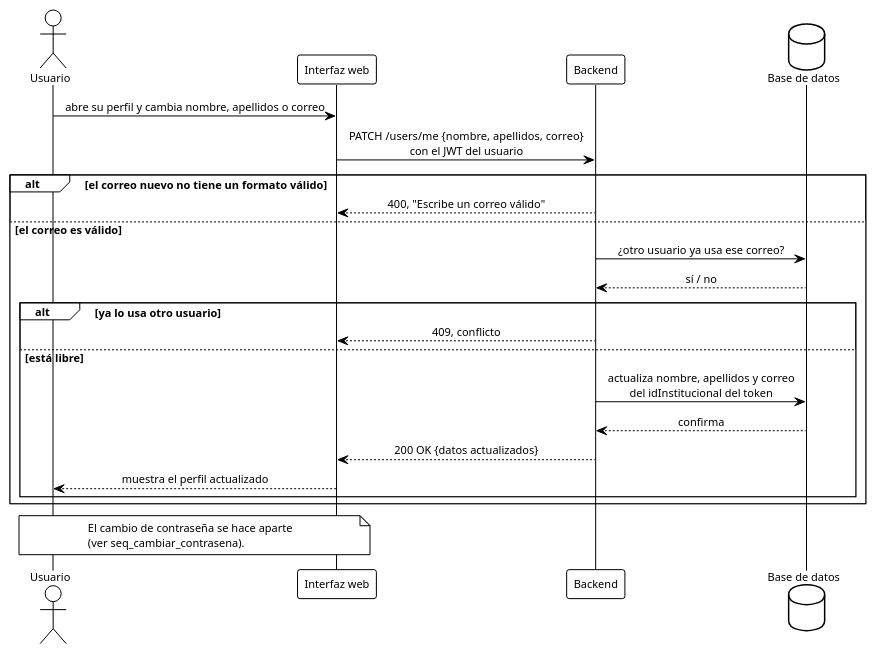
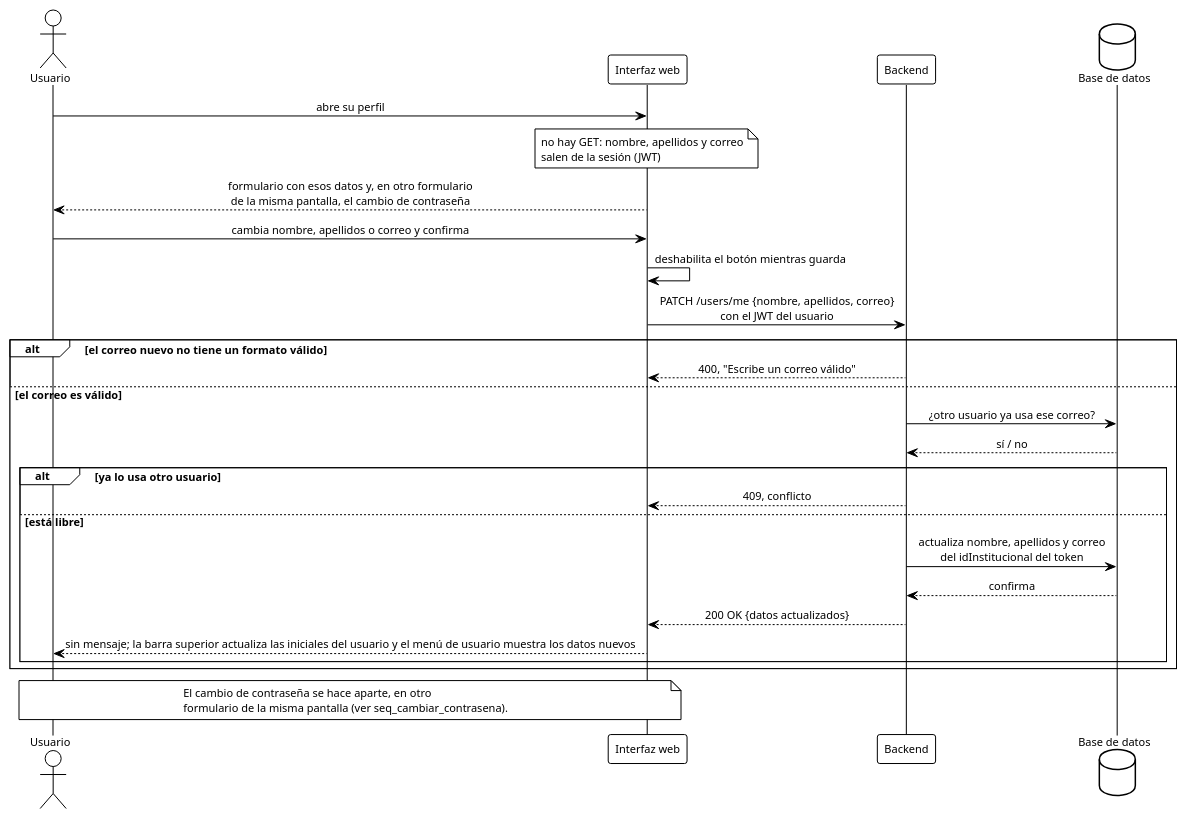
Before and after one commit to ErickJester/fst-ai-system-latex: diagram 28 of 39 in INSTRUCCIONES-WEB.md, drawn with PlantUML. The commit also changed other lines of this file and 89 other files, not shown here.

````diff
--- a/INSTRUCCIONES-WEB.md
+++ b/INSTRUCCIONES-WEB.md
@@ -2548,34 +2642,42 @@
 ```plantuml
 @startuml seq_perfil
 !theme plain
 skinparam defaultFontName Arial
 skinparam defaultFontSize 11
 skinparam shadowing false
 skinparam sequenceMessageAlign center
 actor Usuario as u
 participant "Interfaz web" as ui
 participant Backend as api
 database "Base de datos" as db
 
-u -> ui: abre su perfil y cambia nombre, apellidos o correo
+u -> ui: abre su perfil
+note over ui
+  no hay GET: nombre, apellidos y correo
+  salen de la sesión (JWT)
+end note
+ui --> u: formulario con esos datos y, en otro formulario\nde la misma pantalla, el cambio de contraseña
+
+u -> ui: cambia nombre, apellidos o correo y confirma
+ui -> ui: deshabilita el botón mientras guarda
 ui -> api: PATCH /users/me {nombre, apellidos, correo}\ncon el JWT del usuario
 alt el correo nuevo no tiene un formato válido
   api --> ui: 400, "Escribe un correo válido"
 else el correo es válido
   api -> db: ¿otro usuario ya usa ese correo?
   db --> api: sí / no
   alt ya lo usa otro usuario
     api --> ui: 409, conflicto
   else está libre
     api -> db: actualiza nombre, apellidos y correo\ndel idInstitucional del token
     db --> api: confirma
     api --> ui: 200 OK {datos actualizados}
-    ui --> u: muestra el perfil actualizado
+    ui --> u: sin mensaje; la barra superior actualiza las iniciales del usuario y el menú de usuario muestra los datos nuevos
   end
 end
 note over u, ui
-  El cambio de contraseña se hace aparte
-  (ver seq_cambiar_contrasena).
+  El cambio de contraseña se hace aparte, en otro
+  formulario de la misma pantalla (ver seq_cambiar_contrasena).
 end note
 @enduml
 ```
````
